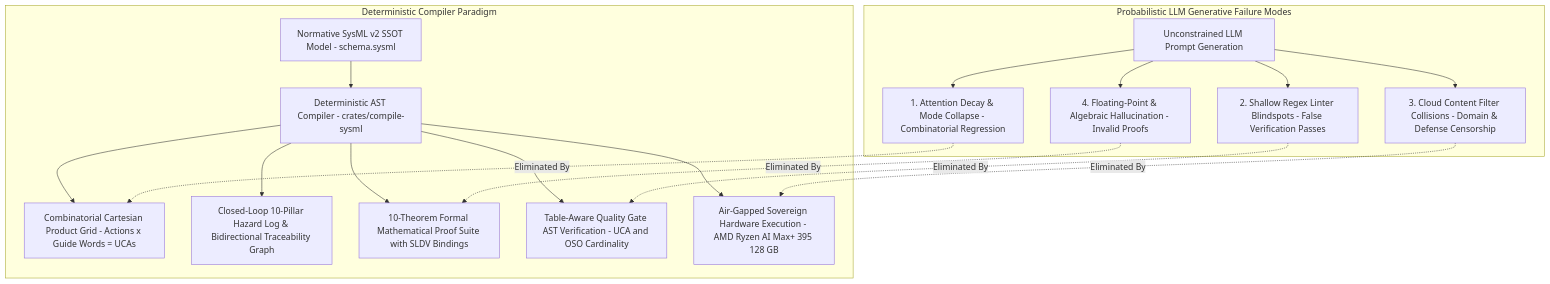
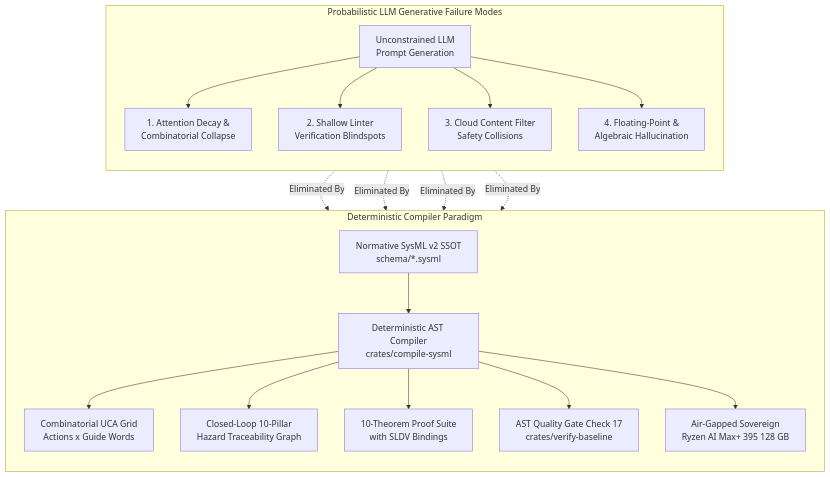
One commit to gintatkinson/DEAP01-spec-core changed the first of 11 diagrams in docs/architecture/blueprints/DEAP_DETERMINISTIC_SAFETY_SPECIFICATION_COMPILER_BLUEPRINT.md. Above: the diagram before and after it, drawn with Mermaid. The commit also changed other lines of this file and 28 other files, not shown here.

Commit message:
feat(verify-baseline,deap-core,compile-sysml): implement Option C blueprint capabilities and Check 37 blueprint grounding gate

````diff
--- a/docs/architecture/blueprints/DEAP_DETERMINISTIC_SAFETY_SPECIFICATION_COMPILER_BLUEPRINT.md
+++ b/docs/architecture/blueprints/DEAP_DETERMINISTIC_SAFETY_SPECIFICATION_COMPILER_BLUEPRINT.md
@@ -46,23 +46,25 @@
 ```mermaid
 flowchart TD
     subgraph "Probabilistic LLM Generative Failure Modes"
-        A["Unconstrained LLM Prompt Generation"] --> B["1. Attention Decay & Mode Collapse - Combinatorial Regression"]
-        A --> C["2. Shallow Regex Linter Blindspots - False Verification Passes"]
-        A --> D["3. Cloud Content Filter Collisions - Domain & Defense Censorship"]
-        A --> E["4. Floating-Point & Algebraic Hallucination - Invalid Proofs"]
+        direction TB
+        A["Unconstrained LLM<br/>Prompt Generation"] --> B["1. Attention Decay &<br/>Combinatorial Collapse"]
+        A --> C["2. Shallow Linter<br/>Verification Blindspots"]
+        A --> D["3. Cloud Content Filter<br/>Safety Collisions"]
+        A --> E["4. Floating-Point &<br/>Algebraic Hallucination"]
     end
 
     subgraph "Deterministic Compiler Paradigm"
-        F["Normative SysML v2 SSOT Model - schema.sysml"] --> G["Deterministic AST Compiler - crates/compile-sysml"]
-        G --> H["Combinatorial Cartesian Product Grid - Actions x Guide Words = UCAs"]
-        G --> I["Closed-Loop 10-Pillar Hazard Log & Bidirectional Traceability Graph"]
-        G --> J["10-Theorem Formal Mathematical Proof Suite with SLDV Bindings"]
-        G --> K["Table-Aware Quality Gate AST Verification - UCA and OSO Cardinality"]
-        G --> L["Air-Gapped Sovereign Hardware Execution - AMD Ryzen AI Max+ 395 128 GB"]
+        direction TB
+        F["Normative SysML v2 SSOT<br/>schema/*.sysml"] --> G["Deterministic AST Compiler<br/>crates/compile-sysml"]
+        G --> H["Combinatorial UCA Grid<br/>Actions x Guide Words"]
+        G --> I["Closed-Loop 10-Pillar<br/>Hazard Traceability Graph"]
+        G --> J["10-Theorem Proof Suite<br/>with SLDV Bindings"]
+        G --> K["AST Quality Gate Check 17<br/>crates/verify-baseline"]
+        G --> L["Air-Gapped Sovereign<br/>Ryzen AI Max+ 395 128 GB"]
     end
 
     B -.->|"Eliminated By"| H
     C -.->|"Eliminated By"| K
     D -.->|"Eliminated By"| L
     E -.->|"Eliminated By"| J
 ```
````
